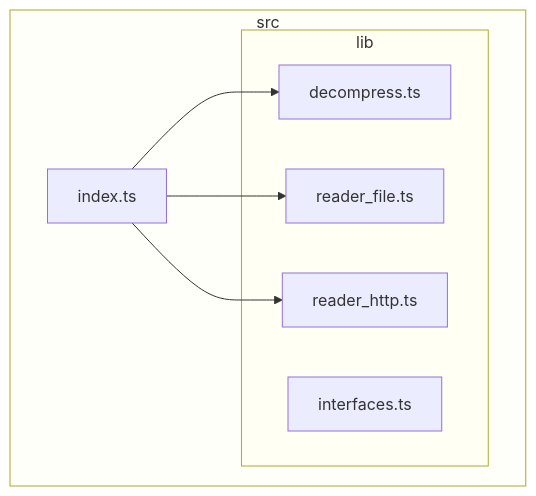
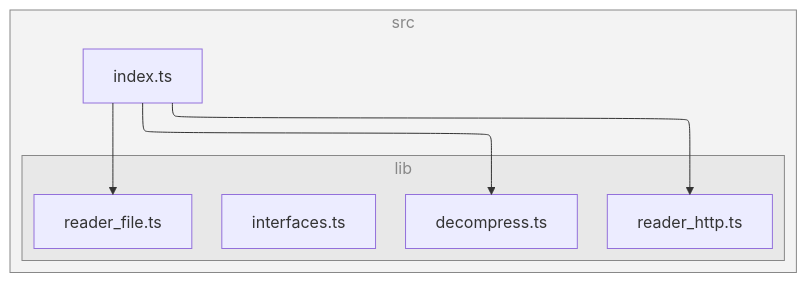
Before and after one commit to versatiles-org/node-versatiles-container: the diagram in README.md, drawn with Mermaid.

Commit message:
docs: update mermaid configuration for dependency graph

````diff
--- a/README.md
+++ b/README.md
@@ -31,19 +31,23 @@
 ```mermaid
+---
+config:
+  layout: elk
+---
 flowchart TB
 
 subgraph 0["src"]
 1["index.ts"]
 subgraph 2["lib"]
 3["decompress.ts"]
 4["reader_file.ts"]
 5["reader_http.ts"]
 6["interfaces.ts"]
 end
 end
 1-->3
 1-->4
 1-->5
 
-style 0 fill-opacity:0.2
-style 2 fill-opacity:0.2
+class 0,2 subgraphs;
+classDef subgraphs fill-opacity:0.1, fill:#888, color:#888, stroke:#888;
 ```
````
